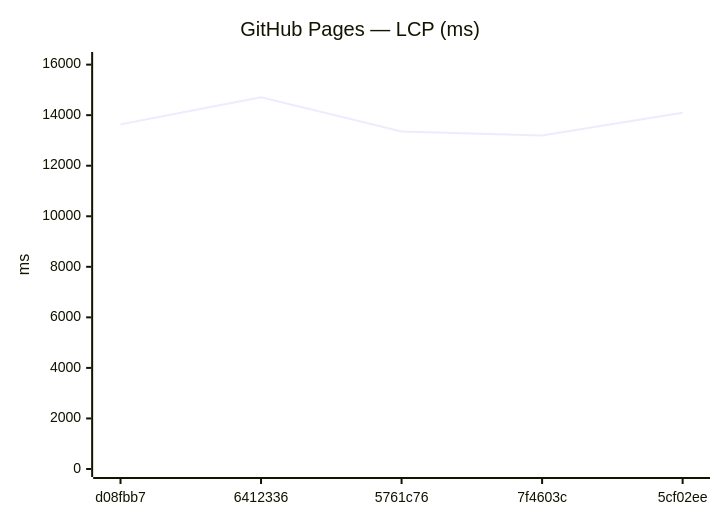
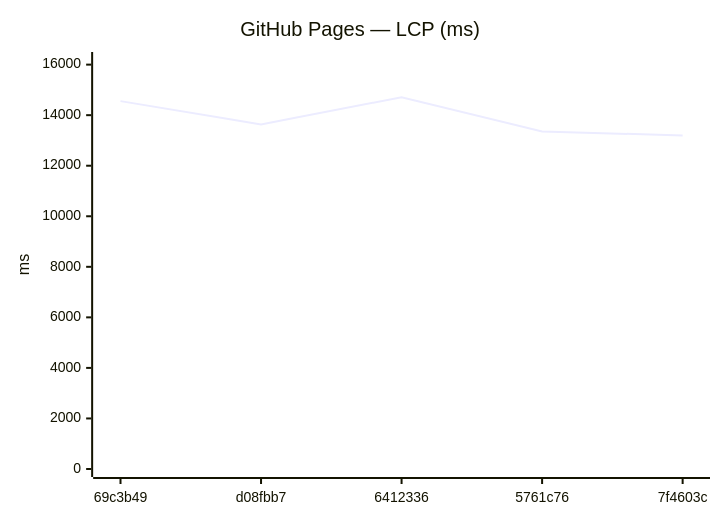
One commit to Metaheurist/Rianell changed the ninth of 18 diagrams in benchmarks/compare.md. Above: the diagram before and after it, drawn with Mermaid. The commit also changed other lines of this file and 11 other files, not shown here.

````diff
--- a/benchmarks/compare.md
+++ b/benchmarks/compare.md
@@ -142,7 +142,7 @@
 ```mermaid
 xychart-beta
     title "GitHub Pages — LCP (ms)"
-    x-axis ["d08fbb7", "6412336", "5761c76", "7f4603c", "5cf02ee"]
+    x-axis ["69c3b49", "d08fbb7", "6412336", "5761c76", "7f4603c"]
     y-axis "ms" 0 --> 16183
-    line [13636, 14711, 13355, 13197, 14098]
+    line [14556, 13636, 14711, 13355, 13197]
 ```
````
